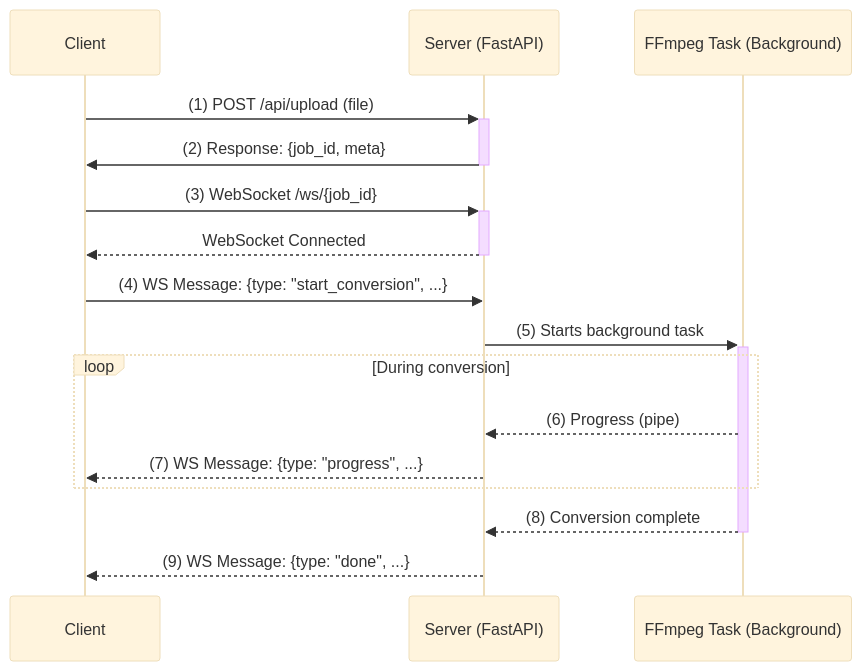
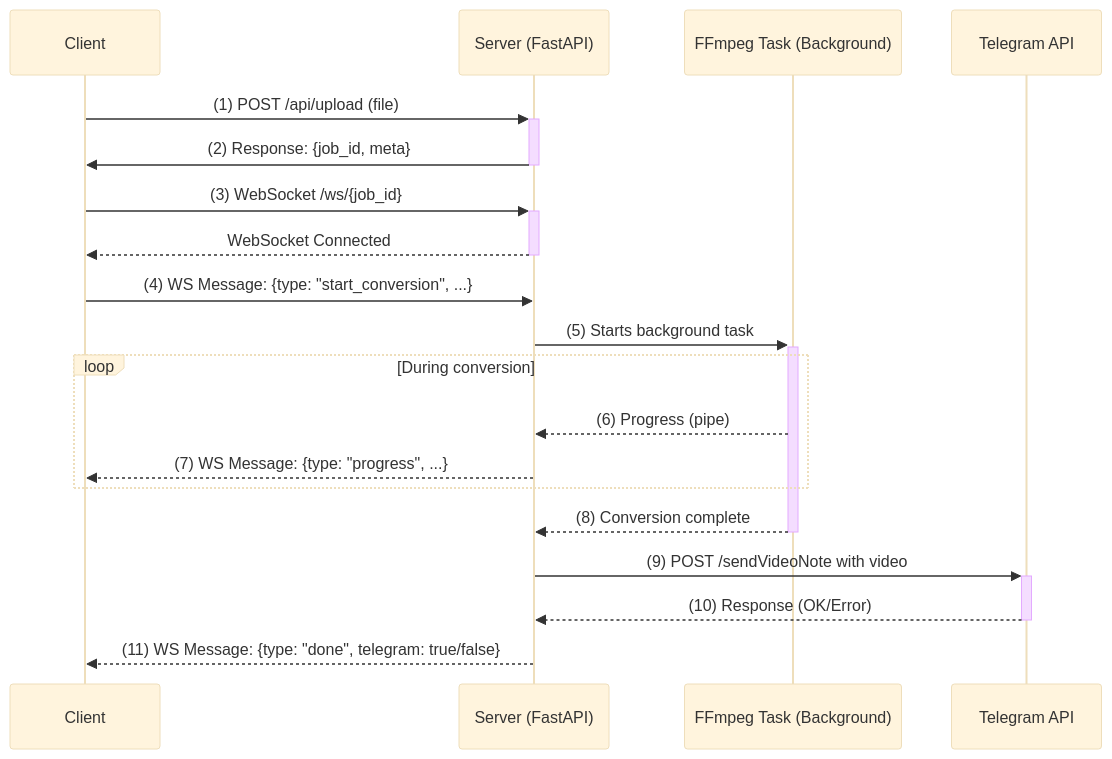
Before and after one commit to fovendor/roundify-video-bot: the diagram in README.md, drawn with Mermaid (base theme). The commit also changed other lines of this file and 4 other files, not shown here.

````diff
--- a/README.md
+++ b/README.md
@@ -20,19 +32,22 @@
 ```mermaid
 sequenceDiagram
     participant Client
     participant Server as Server (FastAPI)
     participant FFmpeg as FFmpeg Task (Background)
+    participant Telegram as Telegram API
 
     Client->>+Server: (1) POST /api/upload (file)
     Server->>-Client: (2) Response: {job_id, meta}
     Client->>+Server: (3) WebSocket /ws/{job_id}
     Server-->>-Client: WebSocket Connected
     Client->>Server: (4) WS Message: {type: "start_conversion", ...}
     Server->>+FFmpeg: (5) Starts background task
     loop During conversion
         FFmpeg-->>Server: (6) Progress (pipe)
         Server-->>Client: (7) WS Message: {type: "progress", ...}
     end
     FFmpeg-->>-Server: (8) Conversion complete
-    Server-->>Client: (9) WS Message: {type: "done", ...}
+    Server->>+Telegram: (9) POST /sendVideoNote with video
+    Telegram-->>-Server: (10) Response (OK/Error)
+    Server-->>Client: (11) WS Message: {type: "done", telegram: true/false}
 ```
````
